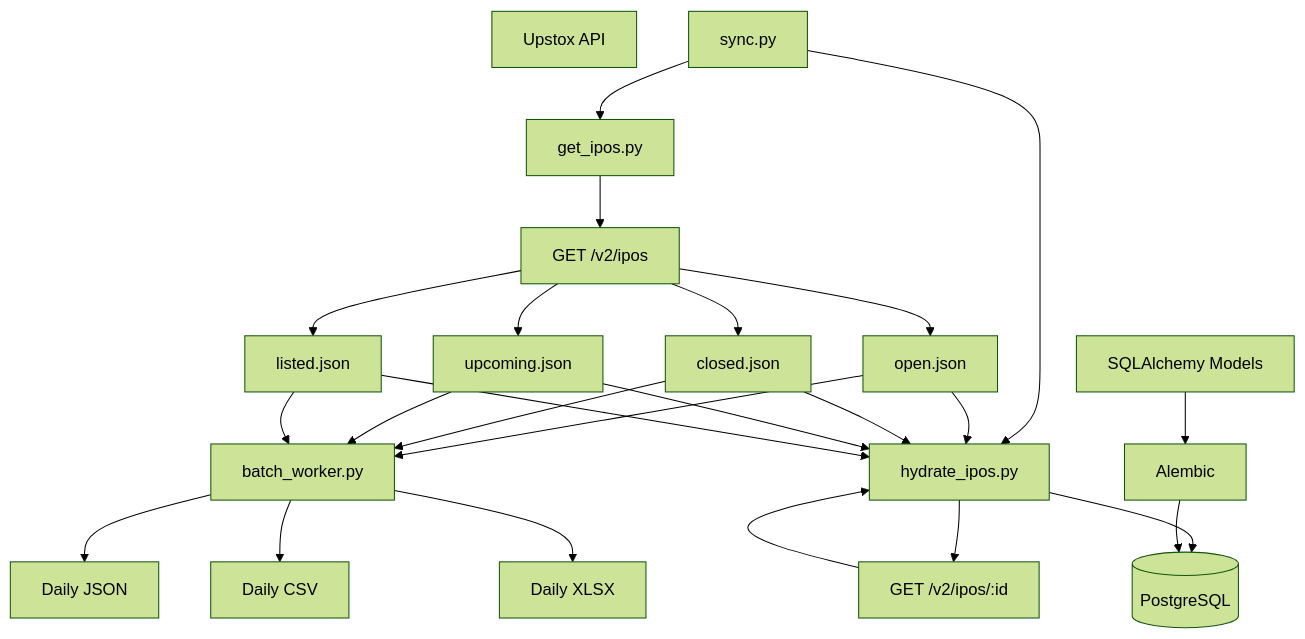
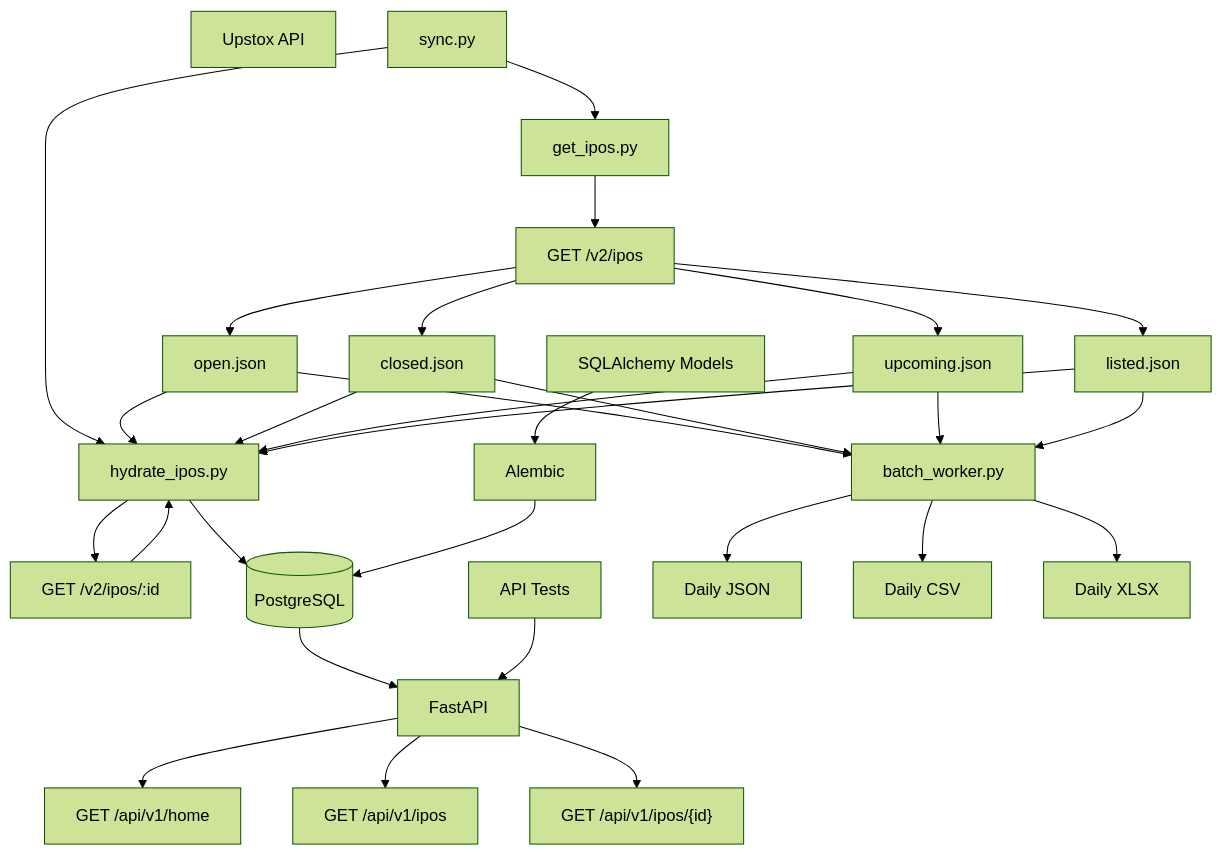
One commit to ShogunLabs/augur changed the first of 5 diagrams in README.md. Above: the diagram before and after it, drawn with Mermaid (forest theme). The commit also changed other lines of this file and 21 other files, not shown here.

Commit message:
added tests, api endpoints

````diff
--- a/README.md
+++ b/README.md
@@ -41,53 +72,67 @@
 ```mermaid
 flowchart TD
     U[Upstox API]
 
     U1["GET /v2/ipos"]
     U2["GET /v2/ipos/:id"]
 
     G[get_ipos.py]
     H[hydrate_ipos.py]
     S[sync.py]
 
     J1[open.json]
     J2[closed.json]
     J3[upcoming.json]
     J4[listed.json]
 
     DB[(PostgreSQL)]
     A[Alembic]
     M[SQLAlchemy Models]
+
+    API[FastAPI]
+    HOME["GET /api/v1/home"]
+    IPOS["GET /api/v1/ipos"]
+    DETAIL["GET /api/v1/ipos/{id}"]
+
+    T[API Tests]
 
     BW[batch_worker.py]
     DJSON[Daily JSON]
     DCSV[Daily CSV]
     DXLSX[Daily XLSX]
 
     S --> G
     G --> U1
     U1 --> J1
     U1 --> J2
     U1 --> J3
     U1 --> J4
 
     S --> H
     J1 --> H
     J2 --> H
     J3 --> H
     J4 --> H
     H --> U2
     U2 --> H
     H --> DB
 
     M --> A
     A --> DB
 
+    DB --> API
+    API --> HOME
+    API --> IPOS
+    API --> DETAIL
+
+    T --> API
+
     J1 --> BW
     J2 --> BW
     J3 --> BW
     J4 --> BW
 
     BW --> DJSON
     BW --> DCSV
     BW --> DXLSX
 ```
````
